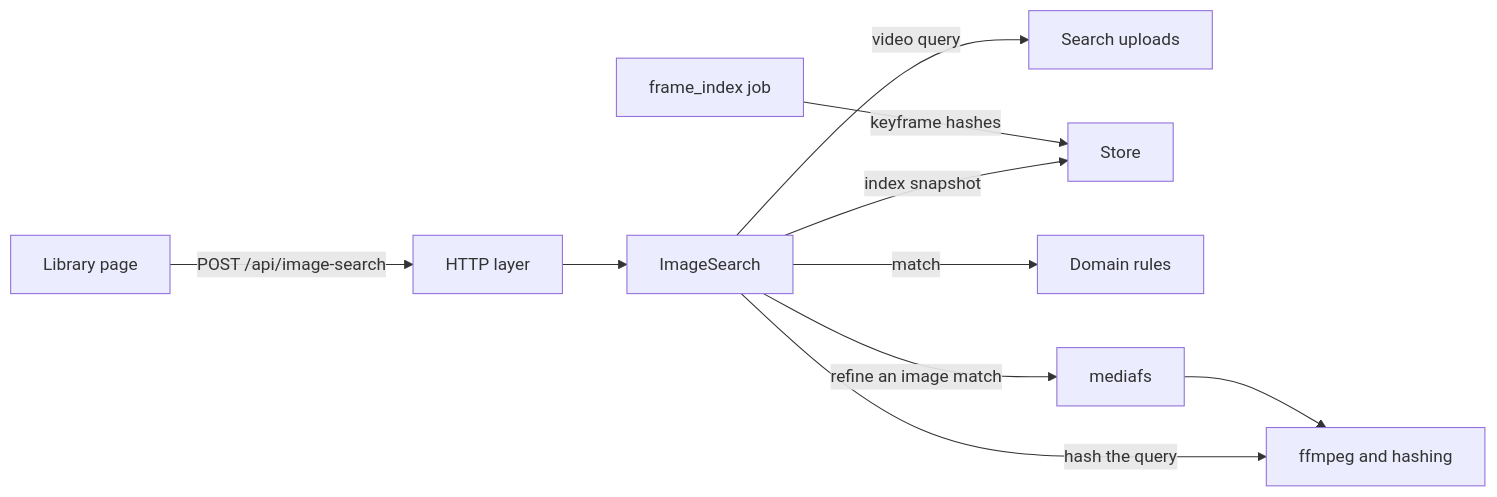
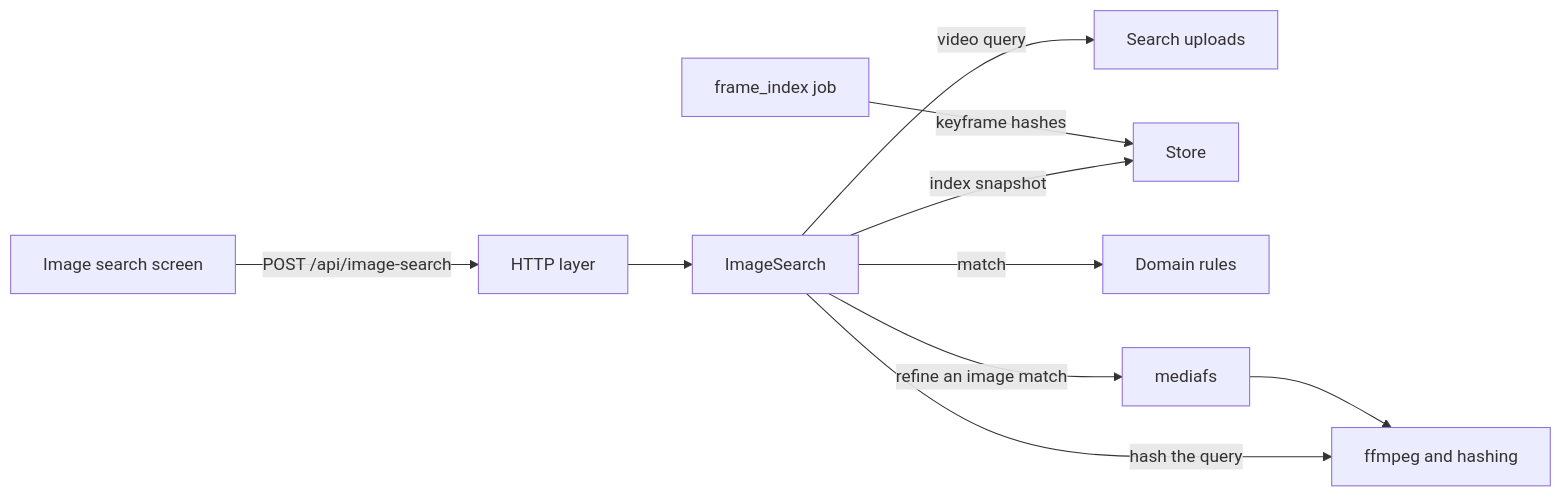
One commit to syudead/vv changed the first of 4 diagrams in docs/design-docs/image-search.md. Above: the diagram before and after it, drawn with Mermaid. The commit also changed other lines of this file and 30 other files, not shown here.

````diff
--- a/docs/design-docs/image-search.md
+++ b/docs/design-docs/image-search.md
@@ -11,12 +11,12 @@
 ```mermaid
 flowchart LR
-  page[Library page] -->|POST /api/image-search| http[HTTP layer]
+  page[Image search screen] -->|POST /api/image-search| http[HTTP layer]
   http --> search[ImageSearch]
   search -->|video query| uploads[Search uploads]
   search -->|hash the query| media[ffmpeg and hashing]
   search -->|index snapshot| store[Store]
   search -->|match| domain[Domain rules]
   search -->|refine an image match| mediafs[mediafs]
   mediafs --> media
   job[frame_index job] -->|keyframe hashes| store
 ```
````
